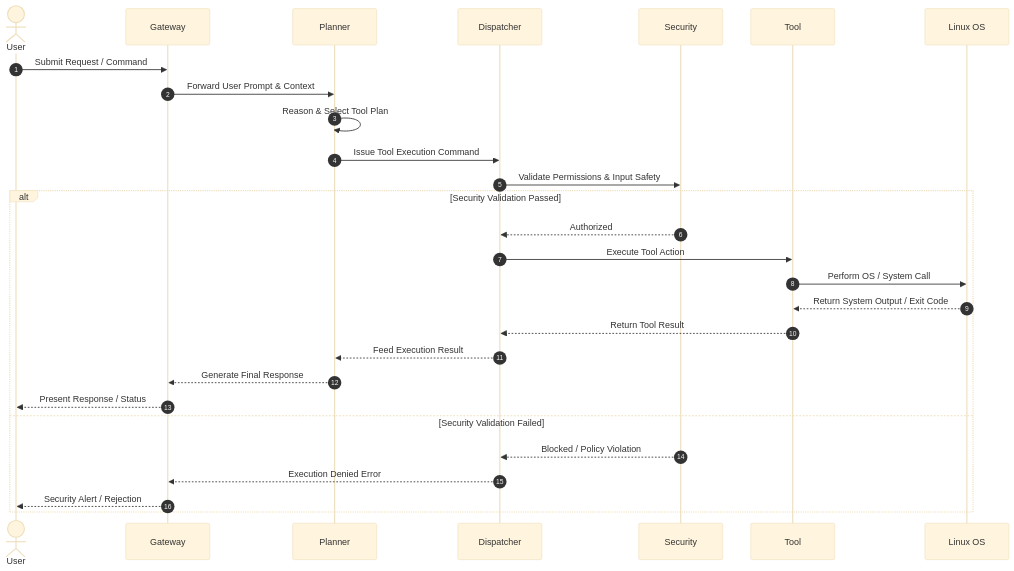
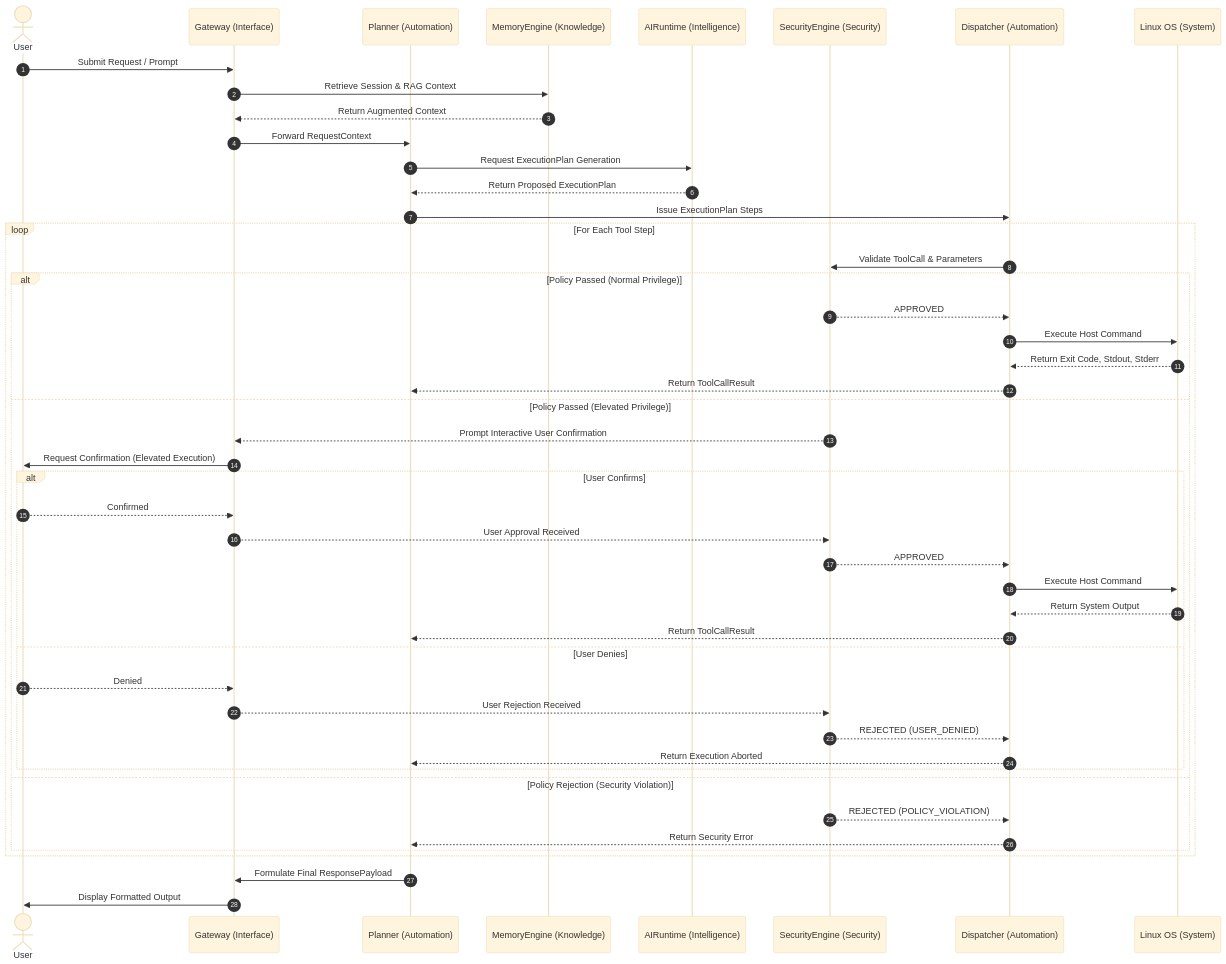
One commit to Vamshi312006/cyber-vault changed the diagram in 10 - Flagship Projects/Ultron/01-Architecture/13 Sequence Diagrams.md. Above: the diagram before and after it, drawn with Mermaid (base theme). The commit also changed other lines of this file and 185 other files, not shown here.

````diff
--- a/10 - Flagship Projects/Ultron/01-Architecture/13 Sequence Diagrams.md
+++ b/10 - Flagship Projects/Ultron/01-Architecture/13 Sequence Diagrams.md
@@ -5,31 +62,52 @@
 ```mermaid
 sequenceDiagram
     autonumber
     actor User
-    participant Gateway
-    participant Planner
-    participant Dispatcher
-    participant Security
-    participant Tool
-    participant Linux as Linux OS
+    participant Gateway as Gateway (Interface)
+    participant Planner as Planner (Automation)
+    participant Memory as MemoryEngine (Knowledge)
+    participant AIRuntime as AIRuntime (Intelligence)
+    participant Security as SecurityEngine (Security)
+    participant Dispatcher as Dispatcher (Automation)
+    participant OS as Linux OS (System)
 
-    User->>Gateway: Submit Request / Command
-    Gateway->>Planner: Forward User Prompt & Context
-    Planner->>Planner: Reason & Select Tool Plan
-    Planner->>Dispatcher: Issue Tool Execution Command
-    Dispatcher->>Security: Validate Permissions & Input Safety
-    alt Security Validation Passed
-        Security-->>Dispatcher: Authorized
-        Dispatcher->>Tool: Execute Tool Action
-        Tool->>Linux: Perform OS / System Call
-        Linux-->>Tool: Return System Output / Exit Code
-        Tool-->>Dispatcher: Return Tool Result
-        Dispatcher-->>Planner: Feed Execution Result
-        Planner-->>Gateway: Generate Final Response
-        Gateway-->>User: Present Response / Status
-    else Security Validation Failed
-        Security-->>Dispatcher: Blocked / Policy Violation
-        Dispatcher-->>Gateway: Execution Denied Error
-        Gateway-->>User: Security Alert / Rejection
+    User->>Gateway: Submit Request / Prompt
+    Gateway->>Memory: Retrieve Session & RAG Context
+    Memory-->>Gateway: Return Augmented Context
+    Gateway->>Planner: Forward RequestContext
+    Planner->>AIRuntime: Request ExecutionPlan Generation
+    AIRuntime-->>Planner: Return Proposed ExecutionPlan
+    Planner->>Dispatcher: Issue ExecutionPlan Steps
+    
+    loop For Each Tool Step
+        Dispatcher->>Security: Validate ToolCall & Parameters
+        alt Policy Passed (Normal Privilege)
+            Security-->>Dispatcher: APPROVED
+            Dispatcher->>OS: Execute Host Command
+            OS-->>Dispatcher: Return Exit Code, Stdout, Stderr
+            Dispatcher-->>Planner: Return ToolCallResult
+        else Policy Passed (Elevated Privilege)
+            Security-->>Gateway: Prompt Interactive User Confirmation
+            Gateway->>User: Request Confirmation (Elevated Execution)
+            alt User Confirms
+                User-->>Gateway: Confirmed
+                Gateway-->>Security: User Approval Received
+                Security-->>Dispatcher: APPROVED
+                Dispatcher->>OS: Execute Host Command
+                OS-->>Dispatcher: Return System Output
+                Dispatcher-->>Planner: Return ToolCallResult
+            else User Denies
+                User-->>Gateway: Denied
+                Gateway-->>Security: User Rejection Received
+                Security-->>Dispatcher: REJECTED (USER_DENIED)
+                Dispatcher-->>Planner: Return Execution Aborted
+            end
+        else Policy Rejection (Security Violation)
+            Security-->>Dispatcher: REJECTED (POLICY_VIOLATION)
+            Dispatcher-->>Planner: Return Security Error
+        end
     end
+
+    Planner->>Gateway: Formulate Final ResponsePayload
+    Gateway->>User: Display Formatted Output
 ```
````
